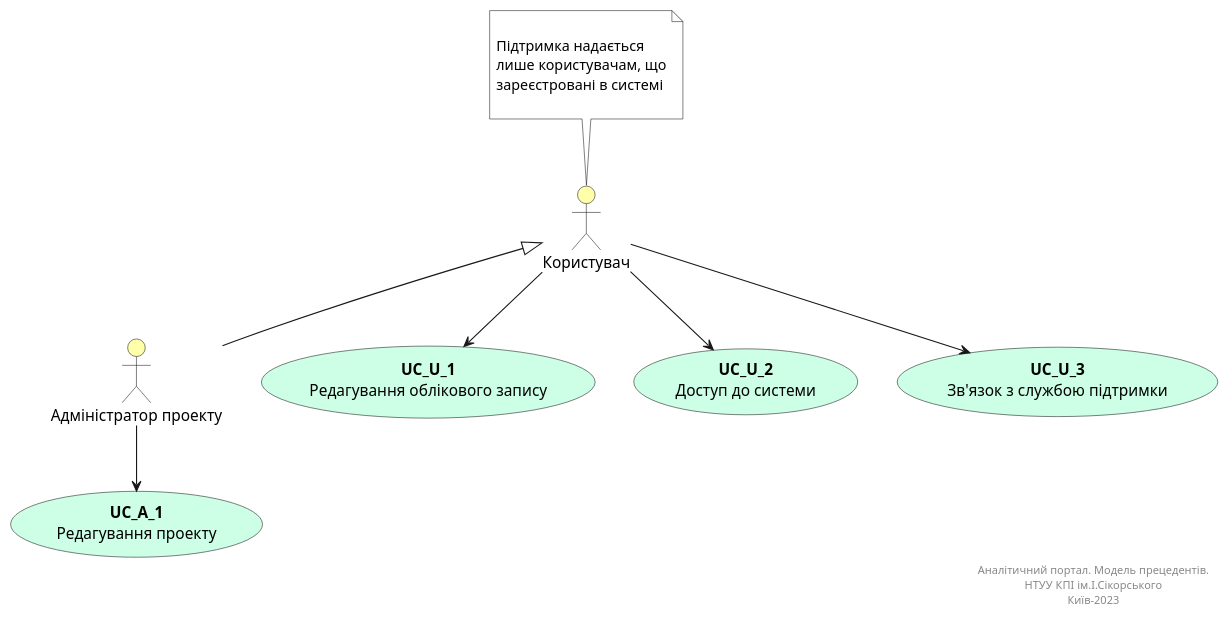
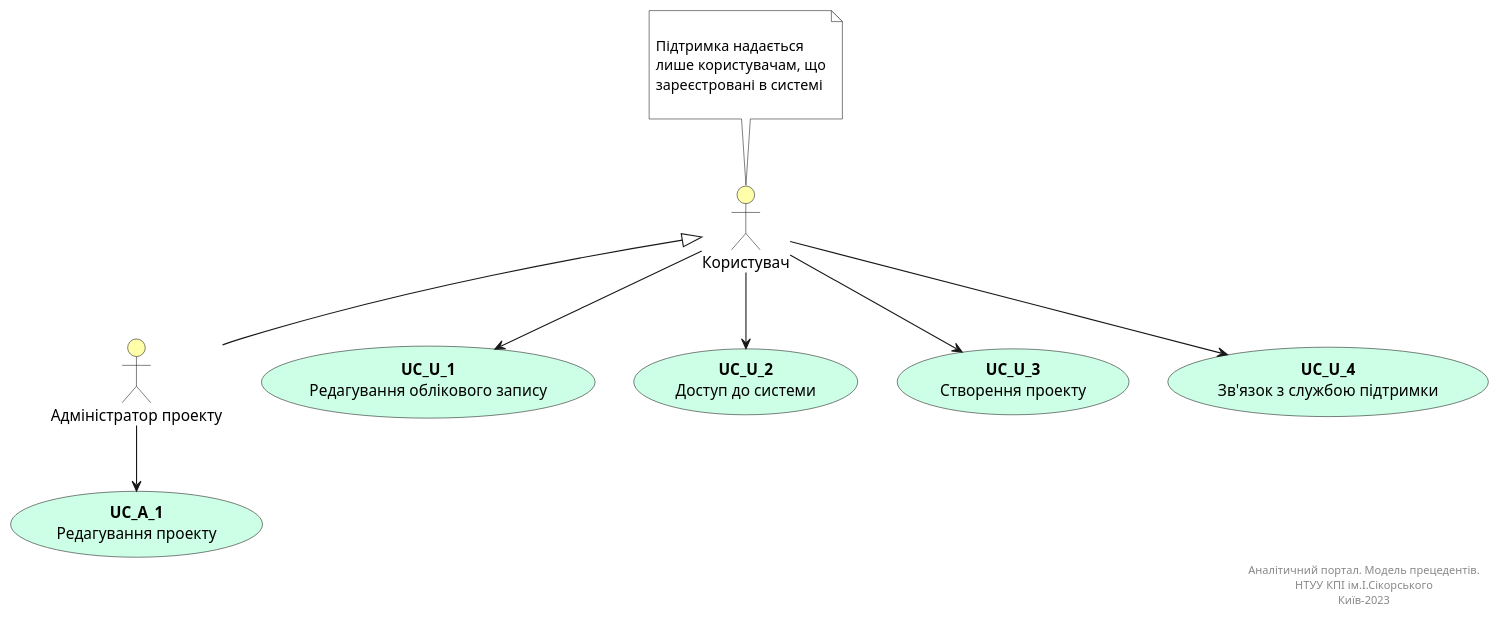
Before and after one commit to edu-db/edu_db_labs: the first of 3 diagrams in docs/use cases/use-case-model.md, drawn with PlantUML. The commit also changed other lines of this file and 3 other files, not shown here.

```diff
--- a/docs/use cases/use-case-model.md
+++ b/docs/use cases/use-case-model.md
@@ -11,33 +11,35 @@
 @startuml
 
 
     actor "Адміністратор проекту" as Administrator #ffffaa
     actor "Користувач" as User #ffffaa
 
     usecase "<b>UC_U_1</b>\nРедагування облікового запису" as UC_U_1 #ccffe6
     usecase "<b>UC_U_2</b>\nДоступ до системи" as UC_U_2 #ccffe6
-    usecase "<b>UC_U_3</b>\nЗв'язок з службою підтримки" as UC_U_3 #ccffe6
+    usecase "<b>UC_U_3</b>\nСтворення проекту" as UC_U_3 #ccffe6
+    usecase "<b>UC_U_4</b>\nЗв'язок з службою підтримки" as UC_U_4 #ccffe6
     usecase "<b>UC_A_1</b>\nРедагування проекту" as UC_A_1 #ccffe6
     
     User --> UC_U_1
     User --> UC_U_2
     User --> UC_U_3
+    User --> UC_U_4
     Administrator --> UC_A_1
 
     Administrator -u-|> User
 
     note top of User #fff
 
         Підтримка надається
         лише користувачам, що
         зареєстровані в системі
 
     end note
     
     right footer
         Аналітичний портал. Модель прецедентів.
         НТУУ КПІ ім.І.Сікорського
         Київ-2023
     end footer
 
 @enduml
```
